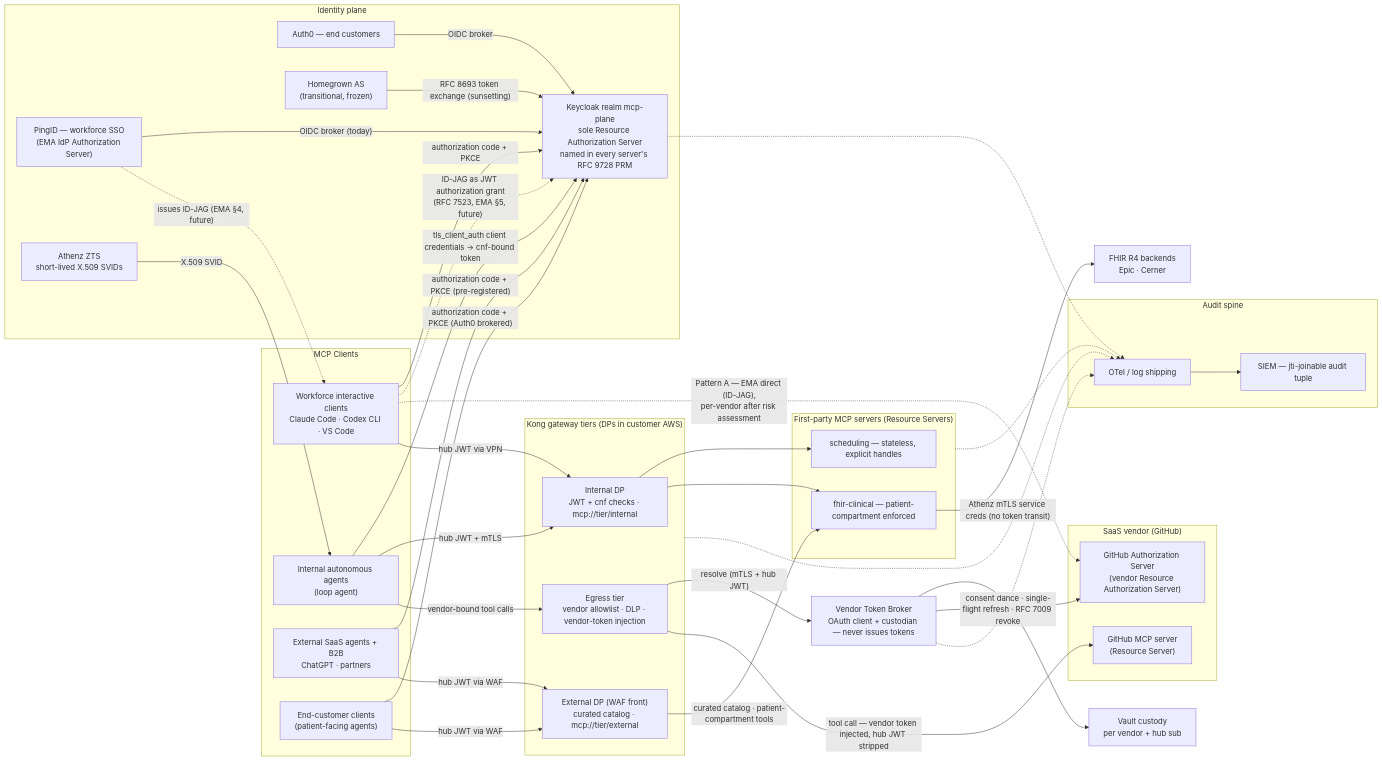
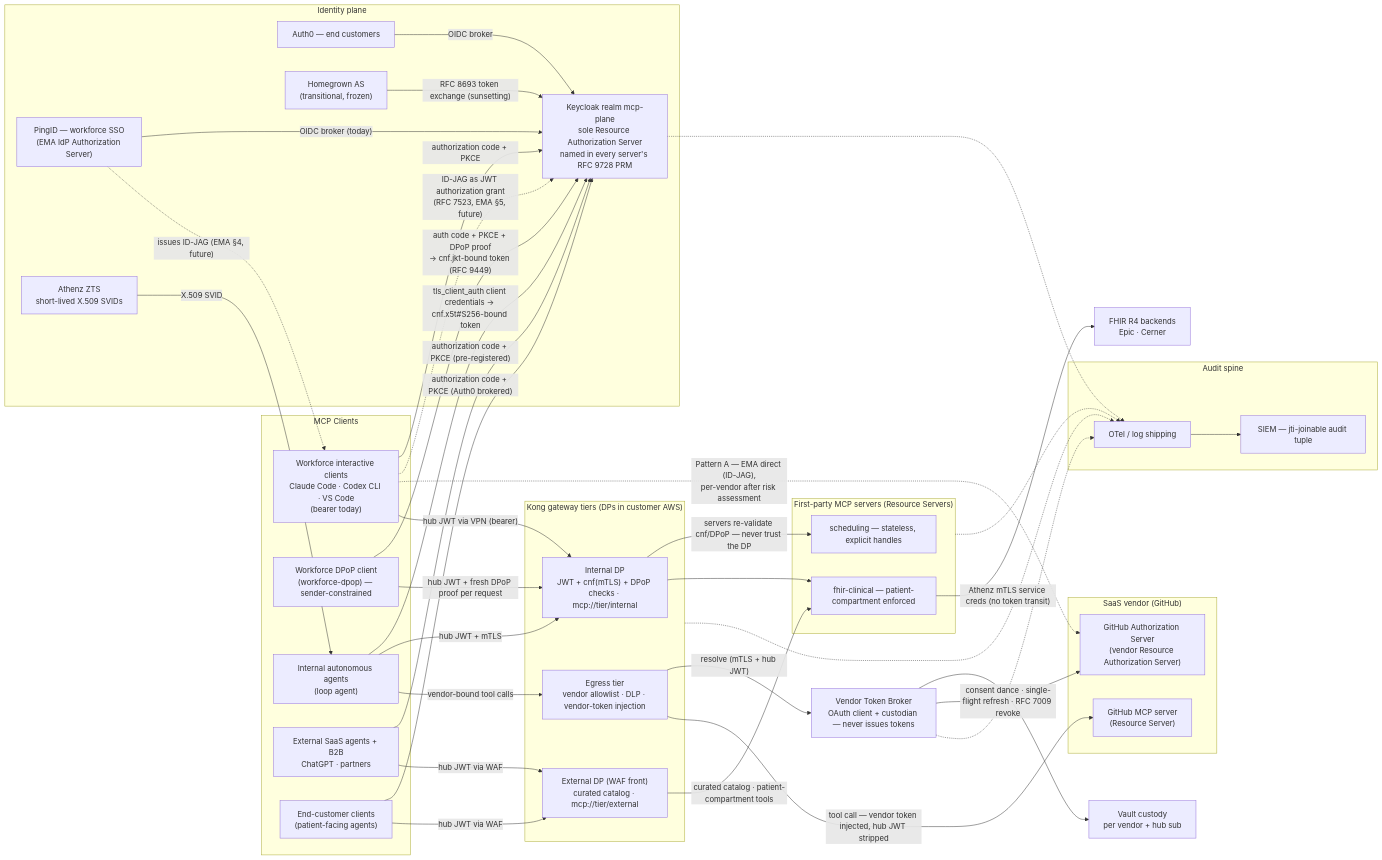
One commit to chief-builder/mcp-healthcare-reference changed the diagram in docs/mcp-e2e-reference-architecture.md. Above: the diagram before and after it, drawn with Mermaid. The commit also changed other lines of this file, not shown here.

Commit message:
docs: show DPoP sender-constraint flow in the master diagram
Add the workforce-dpop client node, its cnf.jkt-bound token issuance leg
and per-request DPoP proof leg, the internal DP's cnf(mTLS)+DPoP checks, and
the servers-re-validate annotation — surfacing the two-bindings/one-cnf
doctrine (mTLS for agents, DPoP for workforce) at diagram level.

````diff
--- a/docs/mcp-e2e-reference-architecture.md
+++ b/docs/mcp-e2e-reference-architecture.md
@@ -73,7 +73,8 @@
 ```mermaid
 flowchart LR
     subgraph CL["MCP Clients"]
-        WF["Workforce interactive clients<br/>Claude Code · Codex CLI · VS Code"]
+        WF["Workforce interactive clients<br/>Claude Code · Codex CLI · VS Code<br/>(bearer today)"]
+        WFD["Workforce DPoP client<br/>(workforce-dpop) — sender-constrained"]
         AG["Internal autonomous agents<br/>(loop agent)"]
         EXTC["External SaaS agents + B2B<br/>ChatGPT · partners"]
         PAT["End-customer clients<br/>(patient-facing agents)"]
@@ -88,7 +89,7 @@
     end
 
     subgraph GW["Kong gateway tiers (DPs in customer AWS)"]
-        INT["Internal DP<br/>JWT + cnf checks · mcp://tier/internal"]
+        INT["Internal DP<br/>JWT + cnf(mTLS) + DPoP checks · mcp://tier/internal"]
         EXT["External DP (WAF front)<br/>curated catalog · mcp://tier/external"]
         EGR["Egress tier<br/>vendor allowlist · DLP · vendor-token injection"]
     end
@@ -119,7 +120,8 @@
     HG -->|"RFC 8693 token exchange (sunsetting)"| KC
     ATZ -->|"X.509 SVID"| AG
     WF -->|"authorization code + PKCE"| KC
-    AG -->|"tls_client_auth client credentials → cnf-bound token"| KC
+    WFD -->|"auth code + PKCE + DPoP proof<br/>→ cnf.jkt-bound token (RFC 9449)"| KC
+    AG -->|"tls_client_auth client credentials → cnf.x5t#S256-bound token"| KC
     EXTC -->|"authorization code + PKCE (pre-registered)"| KC
     PAT -->|"authorization code + PKCE (Auth0 brokered)"| KC
 
@@ -129,11 +131,12 @@
     WF -.->|"Pattern A — EMA direct (ID-JAG),<br/>per-vendor after risk assessment"| GAS
 
     %% data paths
-    WF -->|"hub JWT via VPN"| INT
+    WF -->|"hub JWT via VPN (bearer)"| INT
+    WFD -->|"hub JWT + fresh DPoP proof per request"| INT
     AG -->|"hub JWT + mTLS"| INT
     EXTC -->|"hub JWT via WAF"| EXT
     PAT -->|"hub JWT via WAF"| EXT
-    INT --> SCH
+    INT -->|"servers re-validate cnf/DPoP — never trust the DP"| SCH
     INT --> FHI
     EXT -->|"curated catalog · patient-compartment tools"| FHI
     FHI -->|"Athenz mTLS service creds (no token transit)"| EHR
````
